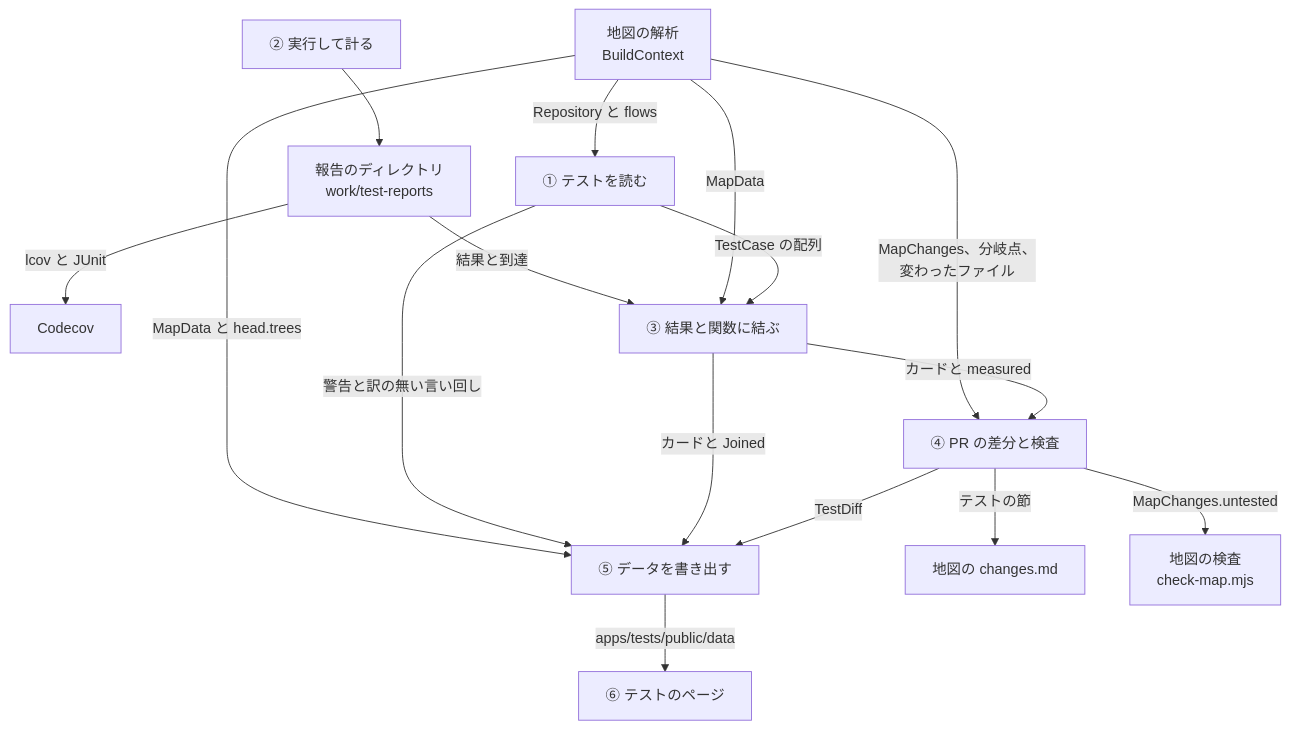
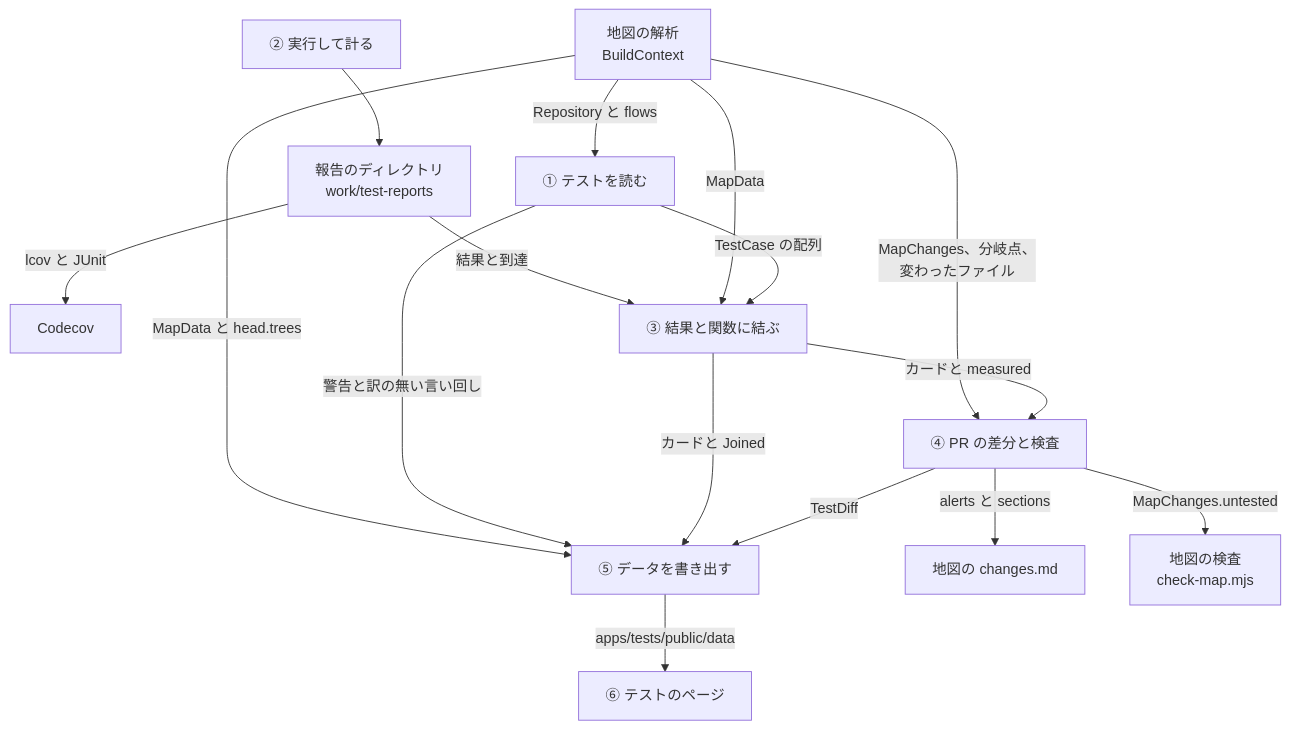
The third of 7 diagrams in apps/tests/docs/README.md (maronnjapan/maronn-openid-connect), drawn with Mermaid before and after one commit. The commit also changed other lines of this file and 6 other files, not shown here.

````diff
--- a/apps/tests/docs/README.md
+++ b/apps/tests/docs/README.md
@@ -216,29 +216,29 @@
 ```mermaid
 flowchart TB
   MAP["地図の解析<br/>BuildContext"]
   P2["② 実行して計る"]
   RD["報告のディレクトリ<br/>work/test-reports"]
   COV["Codecov"]
   P1["① テストを読む"]
   P3["③ 結果と関数に結ぶ"]
   P4["④ PR の差分と検査"]
   P5["⑤ データを書き出す"]
   P6["⑥ テストのページ"]
   MD["地図の changes.md"]
   CHK["地図の検査<br/>check-map.mjs"]
   P2 --> RD
   RD -- "lcov と JUnit" --> COV
   RD -- "結果と到達" --> P3
   MAP -- "Repository と flows" --> P1
   MAP -- "MapData" --> P3
   MAP -- "MapChanges、分岐点、<br/>変わったファイル" --> P4
   MAP -- "MapData と head.trees" --> P5
   P1 -- "TestCase の配列" --> P3
   P1 -- "警告と訳の無い言い回し" --> P5
   P3 -- "カードと measured" --> P4
   P3 -- "カードと Joined" --> P5
   P4 -- "TestDiff" --> P5
-  P4 -- "テストの節" --> MD
+  P4 -- "alerts と sections" --> MD
   P4 -- "MapChanges.untested" --> CHK
   P5 -- "apps/tests/public/data" --> P6
 ```
````
